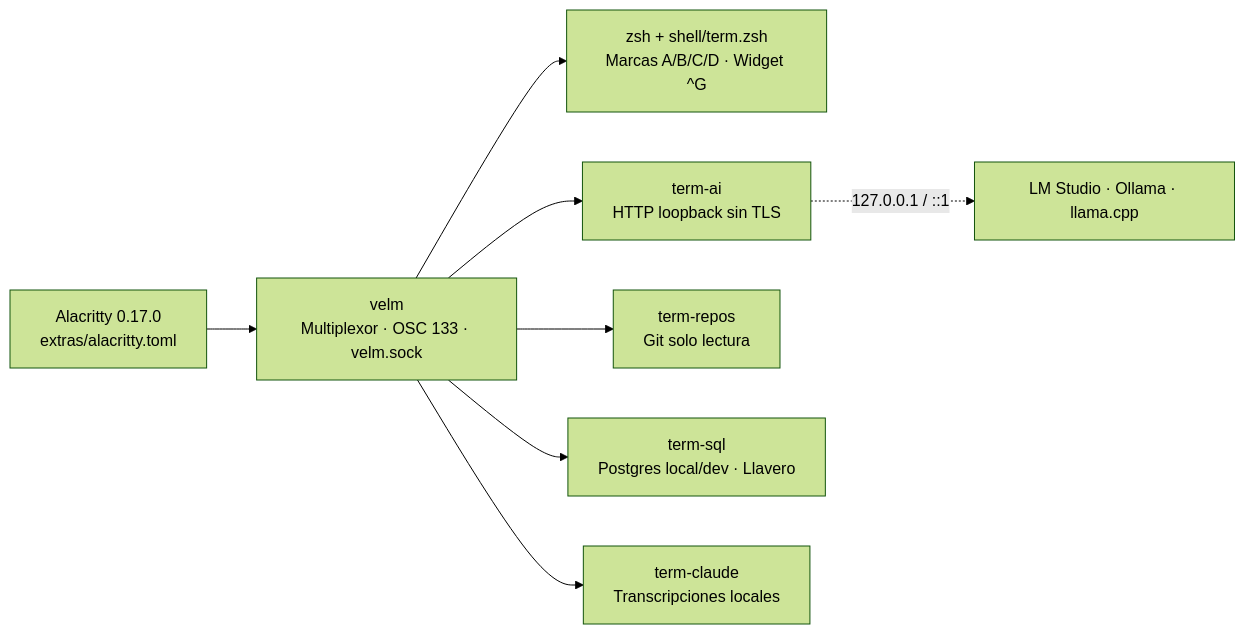
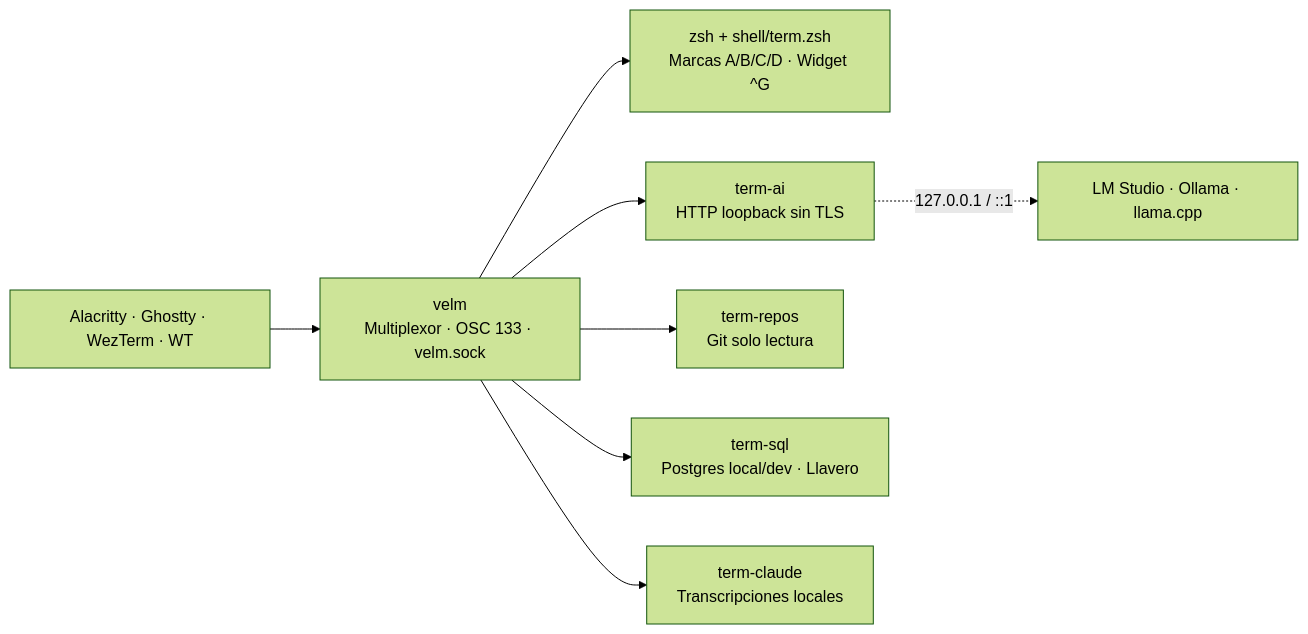
One commit to Nokky21/velm changed the diagram in README.md. Above: the diagram before and after it, drawn with Mermaid (forest theme). The commit also changed other lines of this file and 19 other files, not shown here.

````diff
--- a/README.md
+++ b/README.md
@@ -49,10 +86,10 @@
 ```mermaid
 flowchart LR
-    A["Alacritty 0.17.0<br/>extras/alacritty.toml"] --> V["velm<br/>Multiplexor · OSC 133 · velm.sock"]
+    A["Alacritty · Ghostty · WezTerm · WT"] --> V["velm<br/>Multiplexor · OSC 133 · velm.sock"]
     V --> Z["zsh + shell/term.zsh<br/>Marcas A/B/C/D · Widget ^G"]
     V --> AI["term-ai<br/>HTTP loopback sin TLS"]
     V --> REPOS["term-repos<br/>Git solo lectura"]
     V --> SQL["term-sql<br/>Postgres local/dev · Llavero"]
     V --> CLAUDE["term-claude<br/>Transcripciones locales"]
     AI -. "127.0.0.1 / ::1" .-> LLM["LM Studio · Ollama · llama.cpp"]
 ```
````
